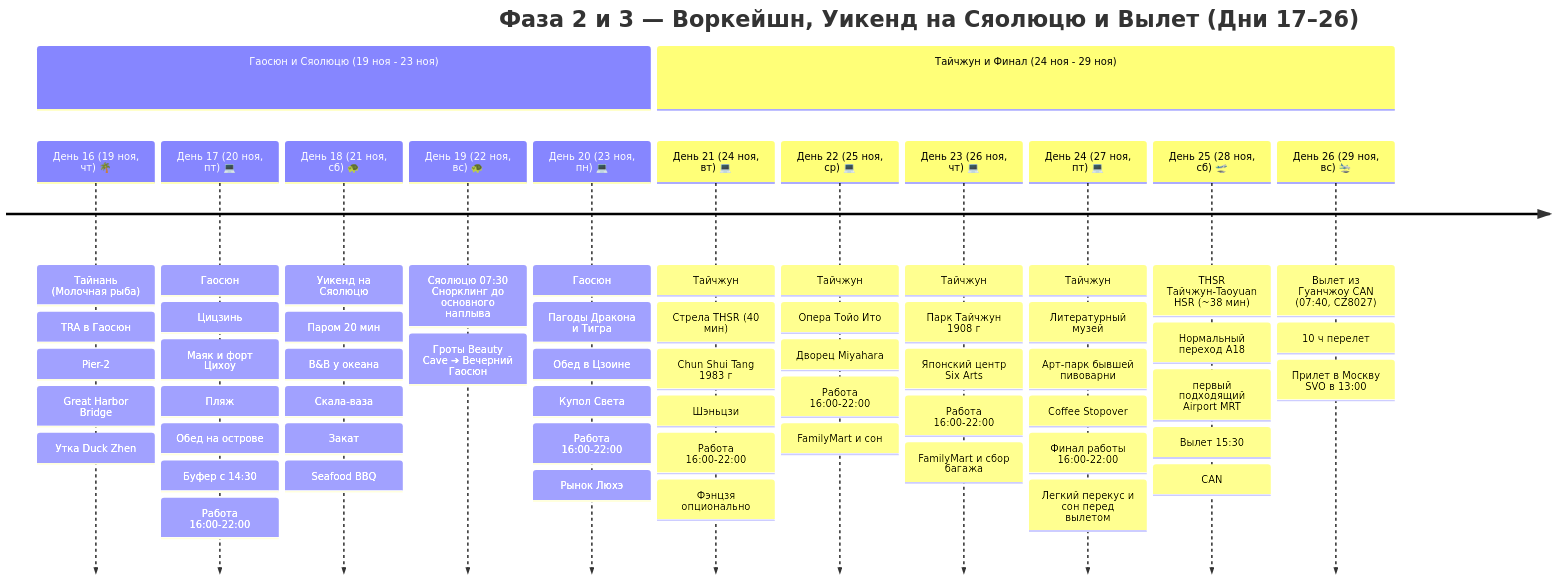
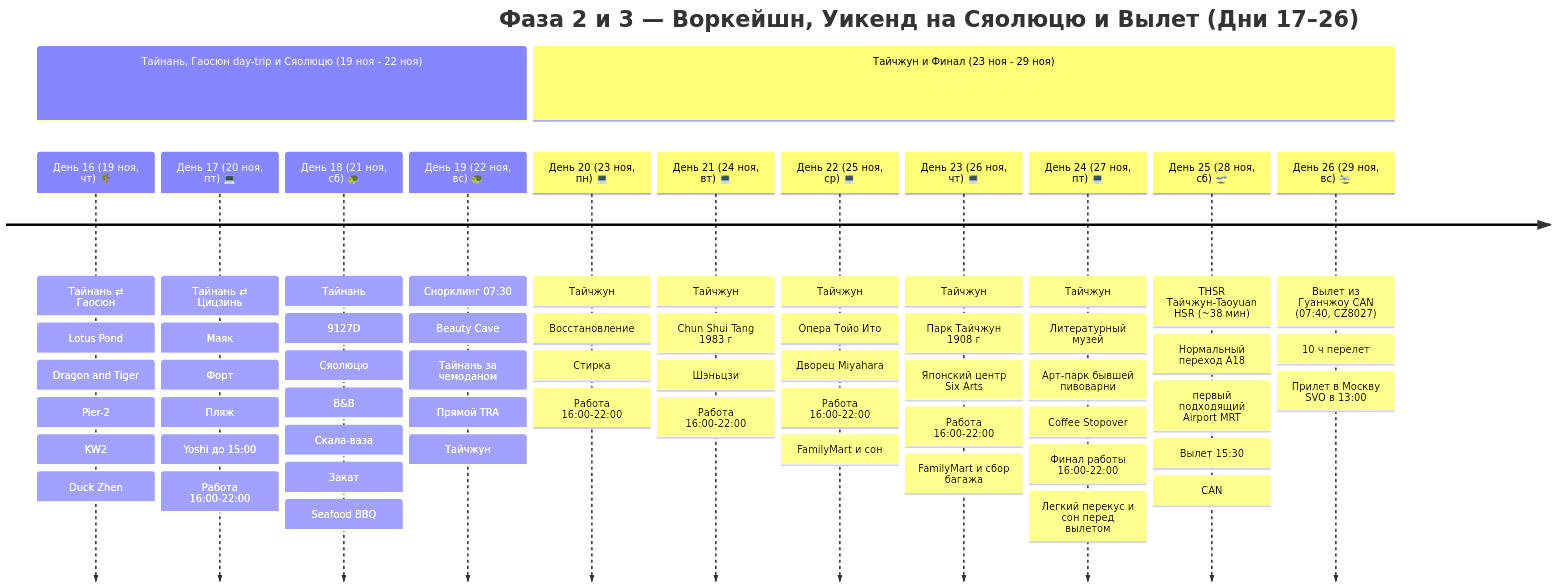
Before and after one commit to injurka/obsidian-mark: the second of 2 diagrams in Personal Note/Travel/-- Taiwan/Taiwan.md, drawn with Mermaid. The commit also changed other lines of this file and 26 other files, not shown here.

````diff
--- a/Personal Note/Travel/-- Taiwan/Taiwan.md
+++ b/Personal Note/Travel/-- Taiwan/Taiwan.md
@@ -73,17 +73,17 @@
 ```mermaid
 timeline
     title Фаза 2 и 3 — Воркейшн, Уикенд на Сяолюцю и Вылет (Дни 17–26)
-    section Гаосюн и Сяолюцю (19 ноя - 23 ноя)
-        День 16 (19 ноя, чт) 🌴 : Тайнань (Молочная рыба) : TRA в Гаосюн : Pier-2 : Great Harbor Bridge : Утка Duck Zhen
-        День 17 (20 ноя, пт) 💻 : Гаосюн : Цицзинь : Маяк и форт Цихоу : Пляж : Обед на острове : Буфер с 14:30 : Работа 16:00-22:00
-        День 18 (21 ноя, сб) 🐢 : Уикенд на Сяолюцю : Паром 20 мин : B&B у океана : Скала-ваза : Закат : Seafood BBQ
-        День 19 (22 ноя, вс) 🐢 : Сяолюцю 07:30 Снорклинг до основного наплыва : Гроты Beauty Cave ➔ Вечерний Гаосюн
-        День 20 (23 ноя, пн) 💻 : Гаосюн : Пагоды Дракона и Тигра : Обед в Цзоине : Купол Света : Работа 16:00-22:00 : Рынок Люхэ
-    section Тайчжун и Финал (24 ноя - 29 ноя)
-        День 21 (24 ноя, вт) 💻 : Тайчжун : Стрела THSR (40 мин) : Chun Shui Tang 1983 г : Шэньцзи : Работа 16:00-22:00 : Фэнцзя опционально
+    section Тайнань, Гаосюн day-trip и Сяолюцю (19 ноя - 22 ноя)
+        День 16 (19 ноя, чт) 🌴 : Тайнань ⇄ Гаосюн : Lotus Pond : Dragon and Tiger : Pier-2 : KW2 : Duck Zhen
+        День 17 (20 ноя, пт) 💻 : Тайнань ⇄ Цицзинь : Маяк : Форт : Пляж : Yoshi до 15:00 : Работа 16:00-22:00
+        День 18 (21 ноя, сб) 🐢 : Тайнань : 9127D : Сяолюцю : B&B : Скала-ваза : Закат : Seafood BBQ
+        День 19 (22 ноя, вс) 🐢 : Снорклинг 07:30 : Beauty Cave : Тайнань за чемоданом : Прямой TRA : Тайчжун
+    section Тайчжун и Финал (23 ноя - 29 ноя)
+        День 20 (23 ноя, пн) 💻 : Тайчжун : Восстановление : Стирка : Работа 16:00-22:00
+        День 21 (24 ноя, вт) 💻 : Тайчжун : Chun Shui Tang 1983 г : Шэньцзи : Работа 16:00-22:00
         День 22 (25 ноя, ср) 💻 : Тайчжун : Опера Тойо Ито : Дворец Miyahara : Работа 16:00-22:00 : FamilyMart и сон
         День 23 (26 ноя, чт) 💻 : Тайчжун : Парк Тайчжун 1908 г : Японский центр Six Arts : Работа 16:00-22:00 : FamilyMart и сбор багажа
         День 24 (27 ноя, пт) 💻 : Тайчжун : Литературный музей : Арт-парк бывшей пивоварни : Coffee Stopover : Финал работы 16:00-22:00 : Легкий перекус и сон перед вылетом
         День 25 (28 ноя, сб) 🛫 : THSR Тайчжун-Taoyuan HSR (~38 мин) : Нормальный переход A18 : первый подходящий Airport MRT : Вылет 15:30 : CAN
         День 26 (29 ноя, вс) 🛬 : Вылет из Гуанчжоу CAN (07:40, CZ8027) : 10 ч перелет : Прилет в Москву SVO в 13:00
 ```
````
